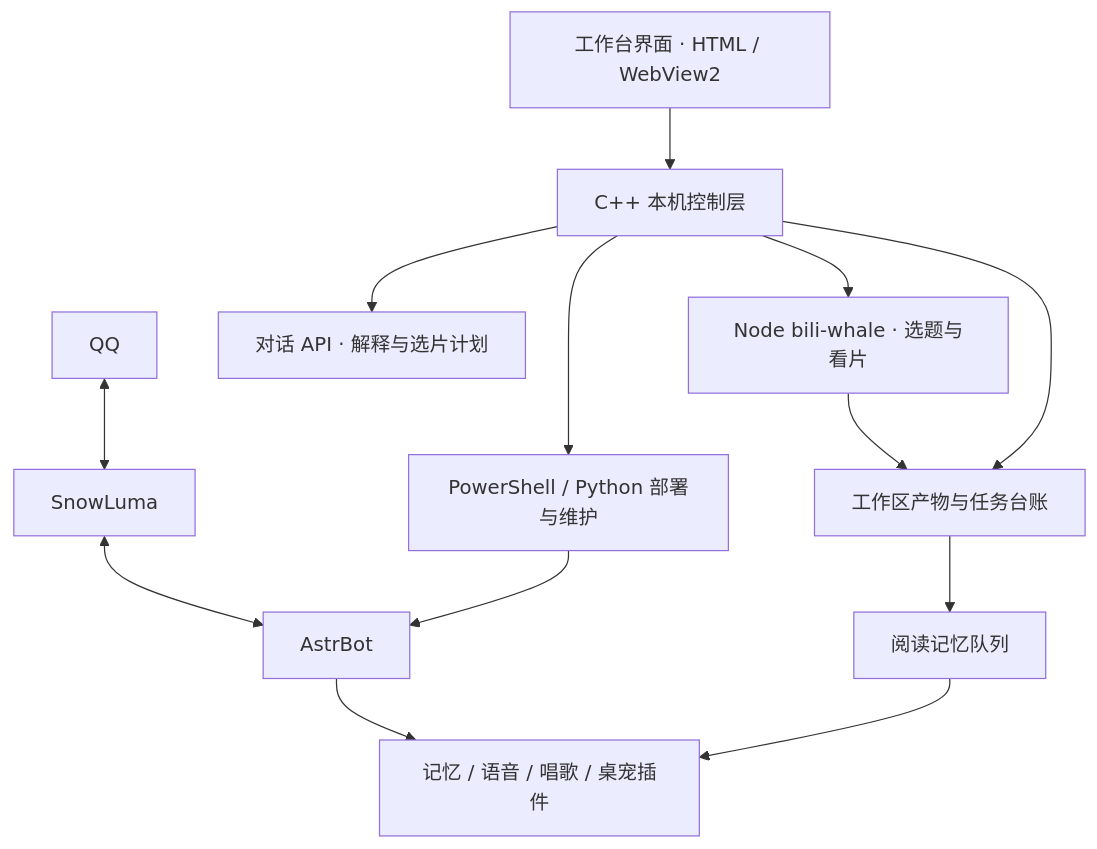
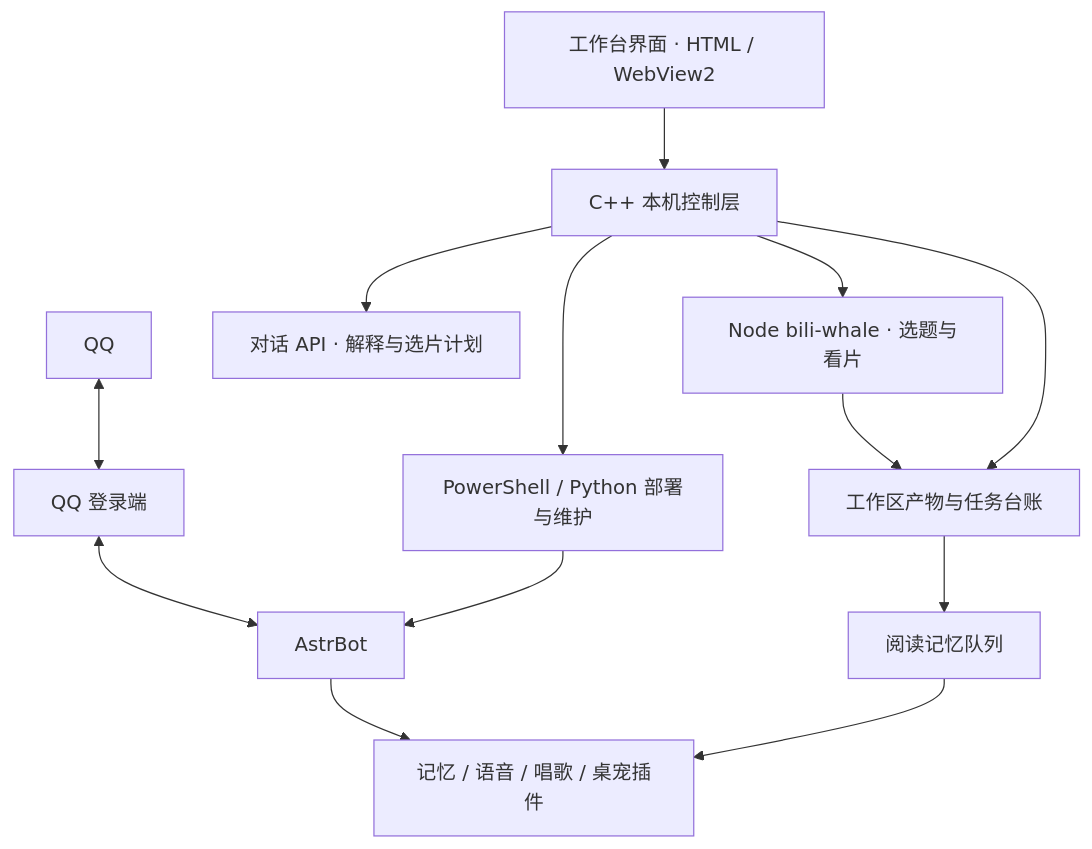
One commit to linyuehua0010/mingling-workbench changed the diagram in docs/项目总览.md. Above: the diagram before and after it, drawn with Mermaid. The commit also changed other lines of this file and 35 other files, not shown here.

````diff
--- a/docs/项目总览.md
+++ b/docs/项目总览.md
@@ -56,17 +56,17 @@
 ```mermaid
 flowchart TD
     UI["工作台界面 · HTML / WebView2"] --> Core["C++ 本机控制层"]
     Core --> Setup["PowerShell / Python 部署与维护"]
     Core --> Whale["Node bili-whale · 选题与看片"]
     Core --> API["对话 API · 解释与选片计划"]
 
-    QQ["QQ"] <--> Snow["SnowLuma"]
-    Snow <--> Astr["AstrBot"]
+    QQ["QQ"] <--> QQLogin["QQ 登录端"]
+    QQLogin <--> Astr["AstrBot"]
     Setup --> Astr
     Astr --> Plugins["记忆 / 语音 / 唱歌 / 桌宠插件"]
 
     Whale --> Records["工作区产物与任务台账"]
     Core --> Records
     Records --> Queue["阅读记忆队列"]
     Queue --> Plugins
 ```
````
